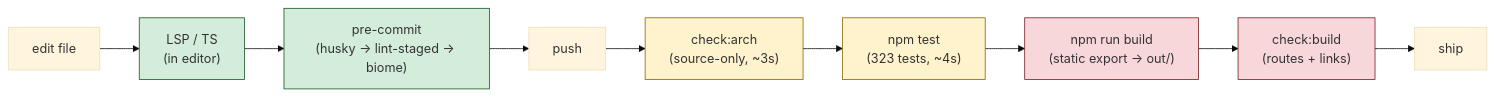
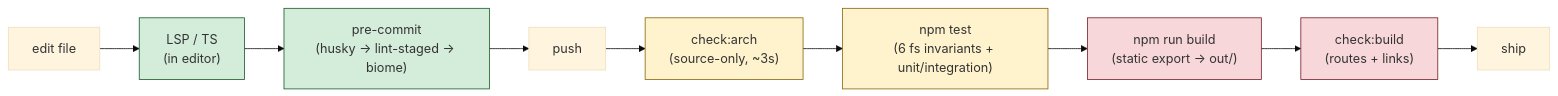
One commit to porscheofficial/porschedigital-technology-radar changed the second of 3 diagrams in docs/HARNESS.md. Above: the diagram before and after it, drawn with Mermaid (base theme). The commit also changed other lines of this file and 7 other files, not shown here.

````diff
--- a/docs/HARNESS.md
+++ b/docs/HARNESS.md
@@ -118,18 +126,18 @@
 ```mermaid
 flowchart LR
     edit["edit file"] --> lsp["LSP / TS<br/>(in editor)"]
     lsp --> precommit["pre-commit<br/>(husky → lint-staged → biome)"]
     precommit --> push["push"]
     push --> arch["check:arch<br/>(source-only, ~3s)"]
-    arch --> test["npm test<br/>(323 tests, ~4s)"]
+    arch --> test["npm test<br/>(6 fs invariants + unit/integration)"]
     test --> build["npm run build<br/>(static export → out/)"]
     build --> bld["check:build<br/>(routes + links)"]
     bld --> ship["ship"]
 
     classDef cheap fill:#d4edda,stroke:#155724
     classDef medium fill:#fff3cd,stroke:#856404
     classDef costly fill:#f8d7da,stroke:#721c24
     class lsp,precommit cheap
     class arch,test medium
     class build,bld costly
 ```
````
